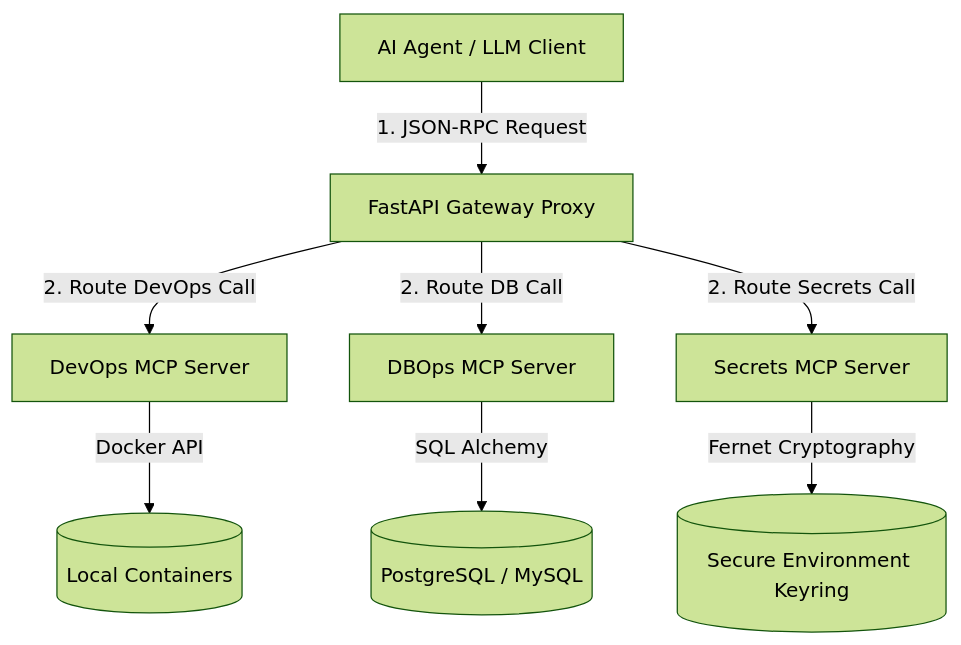
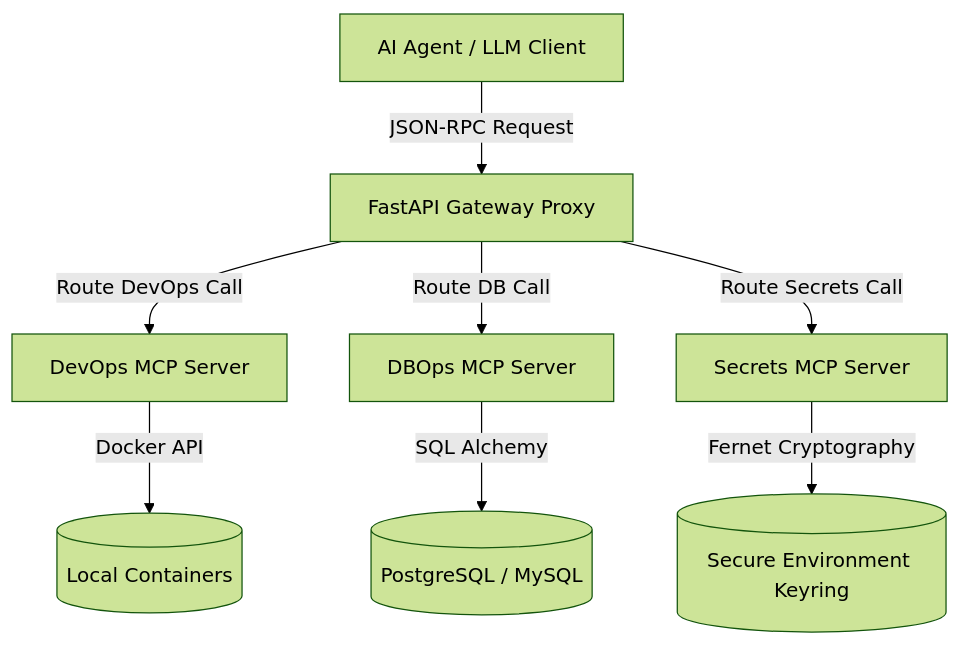
Before and after one commit to akmalkhaniub/akmalkhaniub.github.io: the diagram in blog/posts/context-engineering-mcp.md, drawn with Mermaid (forest theme). The commit also changed 411 other files, not shown here.

````diff
--- a/blog/posts/context-engineering-mcp.md
+++ b/blog/posts/context-engineering-mcp.md
@@ -26,11 +26,11 @@
 ```mermaid
-graph TD
-    A[AI Agent / LLM Client] -->|1. JSON-RPC Request| B[FastAPI Gateway Proxy]
-    B -->|2. Route DevOps Call| C[DevOps MCP Server]
-    B -->|2. Route DB Call| D[DBOps MCP Server]
-    B -->|2. Route Secrets Call| E[Secrets MCP Server]
+flowchart TD
+    A[AI Agent / LLM Client] -->|JSON-RPC Request| B[FastAPI Gateway Proxy]
+    B -->|Route DevOps Call| C[DevOps MCP Server]
+    B -->|Route DB Call| D[DBOps MCP Server]
+    B -->|Route Secrets Call| E[Secrets MCP Server]
     
     C -->|Docker API| F[(Local Containers)]
     D -->|SQL Alchemy| G[(PostgreSQL / MySQL)]
     E -->|Fernet Cryptography| H[(Secure Environment Keyring)]
 ```
````
